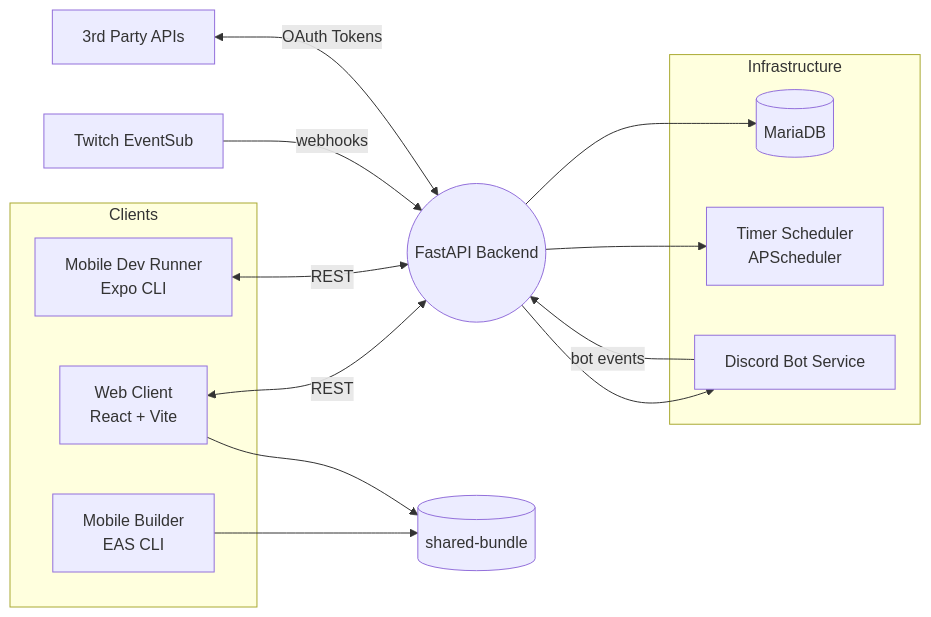
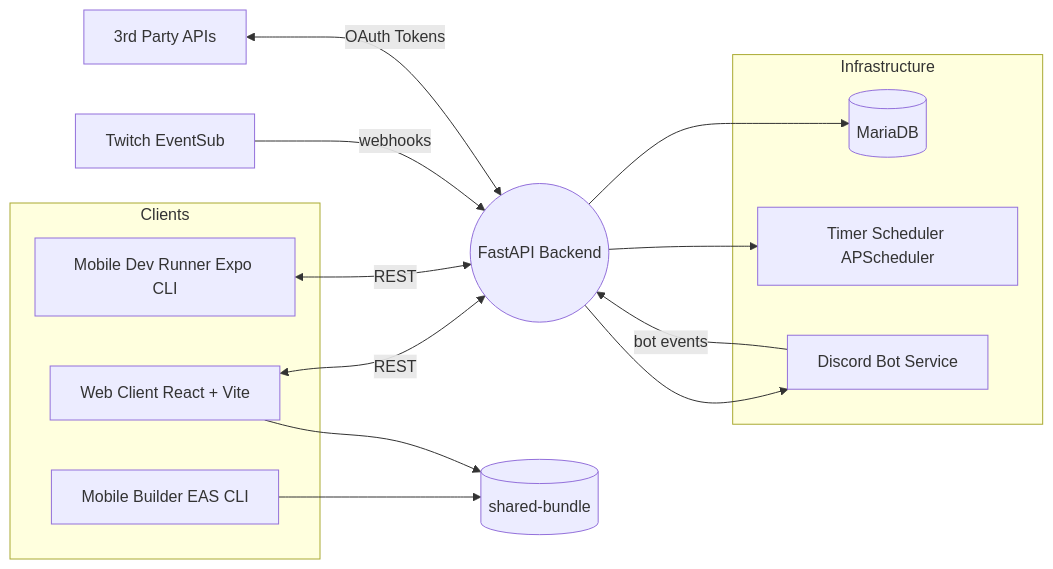
Before and after one commit to corentinPierrat/mirror-area: the first of 2 diagrams in README.md, drawn with Mermaid. The commit also changed other lines of this file and 1 other file, not shown here.

````diff
--- a/README.md
+++ b/README.md
@@ -41,26 +41,26 @@
 ```mermaid
 flowchart LR
     subgraph Clients
-        Web[Web Client\nReact + Vite]
-        MobileDev[Mobile Dev Runner\nExpo CLI]
-        MobileBuild[Mobile Builder\nEAS CLI]
+        Web[Web Client React + Vite]
+        MobileDev[Mobile Dev Runner Expo CLI]
+        MobileBuild[Mobile Builder EAS CLI]
     end
 
     subgraph Infrastructure
         DB[(MariaDB)]
-        Scheduler[Timer Scheduler\nAPScheduler]
+        Scheduler[Timer Scheduler APScheduler]
         DiscordBot[Discord Bot Service]
     end
 
     Web <-- REST --> Backend
     MobileDev <-- REST --> Backend
     MobileBuild --> SharedVolume[(shared-bundle)]
     Web --> SharedVolume
 
     Backend((FastAPI Backend)) --> DB
     Backend --> Scheduler
     Backend --> DiscordBot
     DiscordBot -->|bot events| Backend
     Twitch[Twitch EventSub] -->|webhooks| Backend
     Gmail[3rd Party APIs] <-- OAuth Tokens --> Backend
 ```
````
